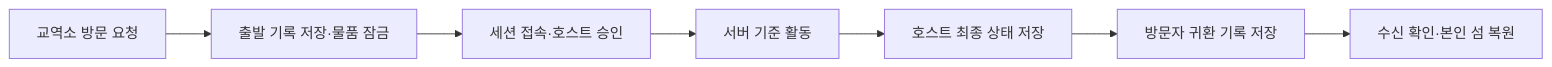
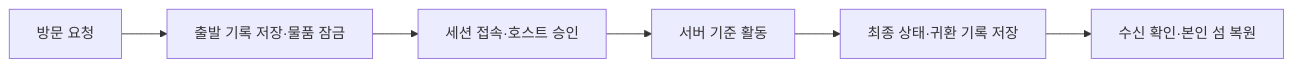
Before and after one commit to rhwjdtjs/NONGJANG_Public: the second of 2 diagrams in docs/ecology-and-persistence.md, drawn with Mermaid. The commit also changed other lines of this file and 6 other files, not shown here.

````diff
--- a/docs/ecology-and-persistence.md
+++ b/docs/ecology-and-persistence.md
@@ -48,9 +50,8 @@
 ```mermaid
 flowchart LR
-  A["교역소 방문 요청"] --> B["출발 기록 저장·물품 잠금"]
+  A["방문 요청"] --> B["출발 기록 저장·물품 잠금"]
   B --> C["세션 접속·호스트 승인"]
   C --> D["서버 기준 활동"]
-  D --> E["호스트 최종 상태 저장"]
-  E --> F["방문자 귀환 기록 저장"]
-  F --> G["수신 확인·본인 섬 복원"]
+  D --> E["최종 상태·귀환 기록 저장"]
+  E --> F["수신 확인·본인 섬 복원"]
 ```
````
